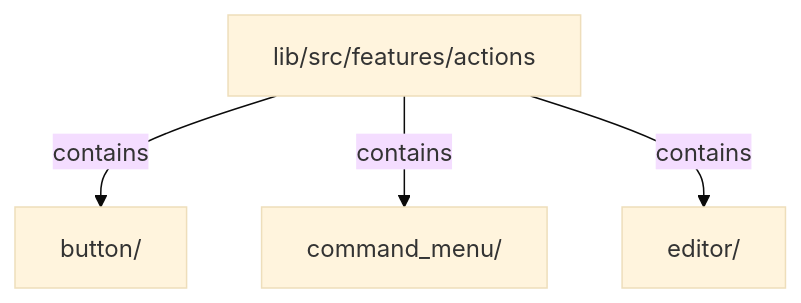
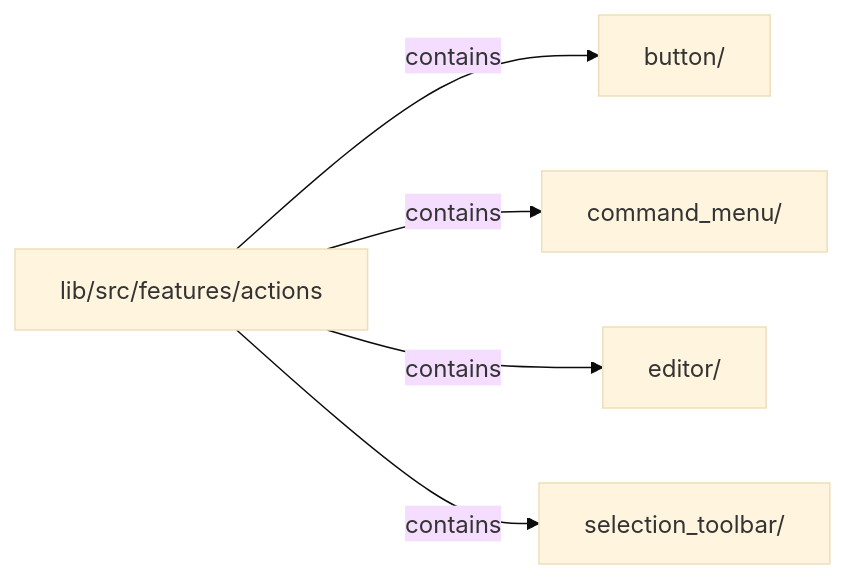
Before and after one commit to MiuDog/Kallopis: the diagram in docs/architecture/src/features/actions/README.md, drawn with Mermaid (base theme). The commit also changed other lines of this file and 9688 other files, not shown here.

Commit message:
Prepare isolated Flow F2 peer baseline

````diff
--- a/docs/architecture/src/features/actions/README.md
+++ b/docs/architecture/src/features/actions/README.md
@@ -21,10 +21,12 @@
 ```mermaid
-flowchart TD
+flowchart LR
 	n0["lib/src/features/actions"]
 	n1["button/"]
 	n2["command_menu/"]
 	n3["editor/"]
+	n4["selection_toolbar/"]
 	n0 -->|"contains"| n1
 	n0 -->|"contains"| n2
 	n0 -->|"contains"| n3
+	n0 -->|"contains"| n4
 ```
````
